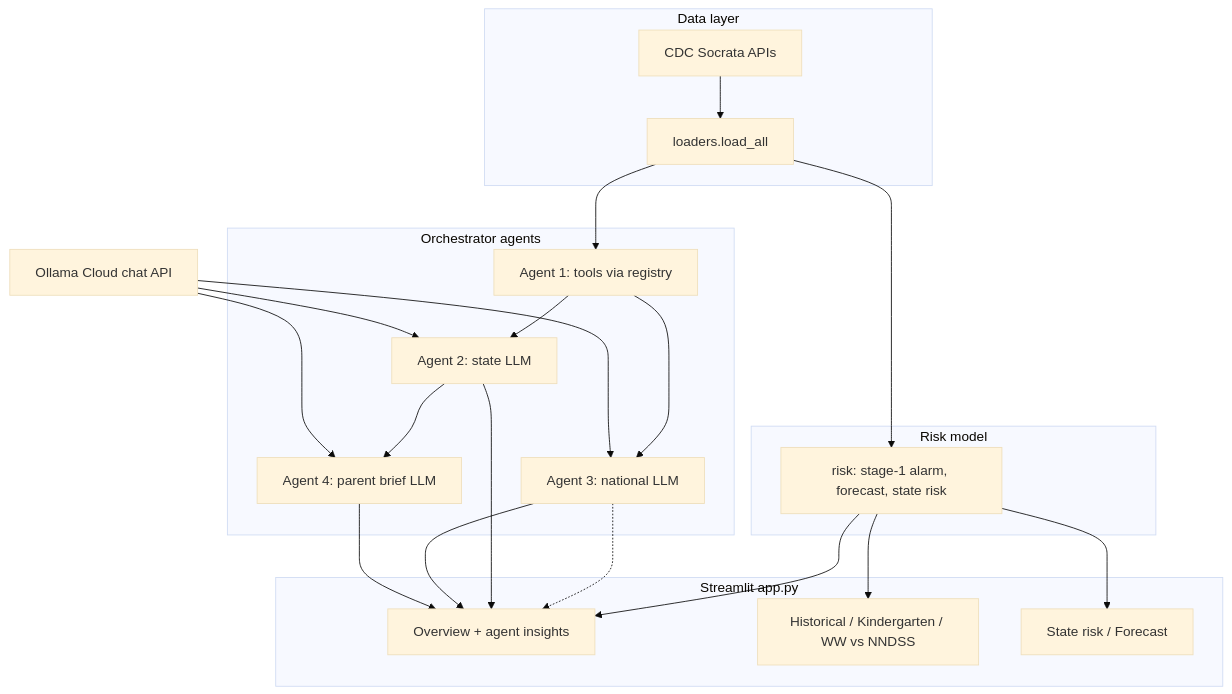
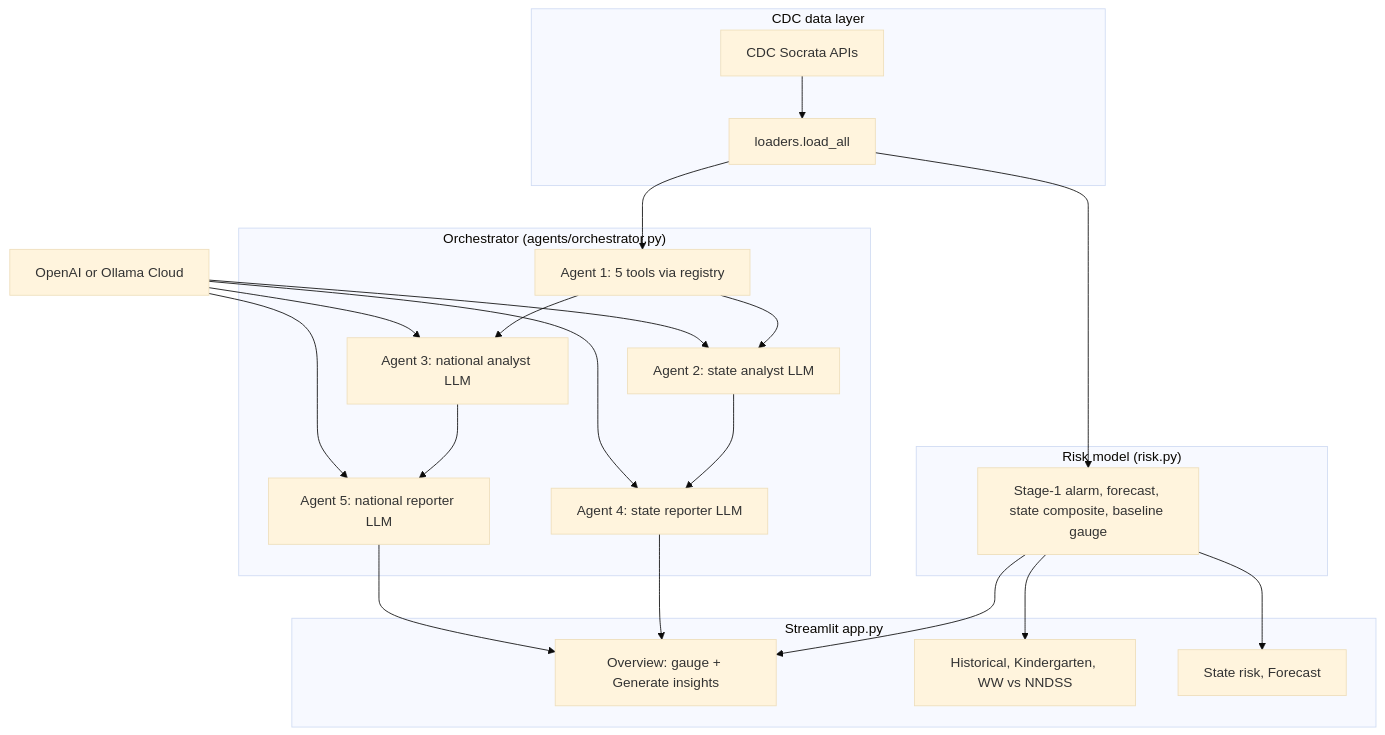
One commit to is443-eng/ai-data-science-team-w changed the diagram in Tool V2/docs/ARCHITECTURE.md. Above: the diagram before and after it, drawn with Mermaid (base theme). The commit also changed other lines of this file and 18 other files, not shown here.

First line of the commit message:
Docs: submission write-ups, architecture diagram, prompts, and doc updates

````diff
--- a/Tool V2/docs/ARCHITECTURE.md
+++ b/Tool V2/docs/ARCHITECTURE.md
@@ -21,41 +21,43 @@
 ```mermaid
 flowchart TB
-  subgraph Data["Data layer"]
+  subgraph Data["CDC data layer"]
     CDC["CDC Socrata APIs"]
     L["loaders.load_all"]
     CDC --> L
   end
 
-  subgraph Model["Risk model"]
-    R["risk: stage-1 alarm, forecast, state risk"]
+  subgraph Model["Risk model (risk.py)"]
+    R["Stage-1 alarm, forecast, state composite, baseline gauge"]
     L --> R
   end
 
   subgraph UI["Streamlit app.py"]
-    O["Overview + agent insights"]
-    T1["Historical / Kindergarten / WW vs NNDSS"]
-    T2["State risk / Forecast"]
-    R --> O
+    Ov["Overview: gauge + Generate insights"]
+    T1["Historical, Kindergarten, WW vs NNDSS"]
+    T2["State risk, Forecast"]
+    R --> Ov
     R --> T1
     R --> T2
   end
 
-  subgraph Orch["Orchestrator agents"]
-    A1["Agent 1: tools via registry"]
-    A2["Agent 2: state LLM"]
-    A3["Agent 3: national LLM"]
-    A4["Agent 4: parent brief LLM"]
+  subgraph Orch["Orchestrator (agents/orchestrator.py)"]
+    A1["Agent 1: 5 tools via registry"]
+    A2["Agent 2: state analyst LLM"]
+    A3["Agent 3: national analyst LLM"]
+    A4["Agent 4: state reporter LLM"]
+    A5["Agent 5: national reporter LLM"]
     A1 --> A2
     A1 --> A3
     A2 --> A4
-    A3 -.-> O
+    A3 --> A5
   end
 
   L --> A1
-  OC["Ollama Cloud chat API"] --> A2
-  OC --> A3
-  OC --> A4
-  A2 --> O
-  A3 --> O
-  A4 --> O
+  LLM["OpenAI or Ollama Cloud"]
+  LLM --> A2
+  LLM --> A3
+  LLM --> A4
+  LLM --> A5
+  A4 --> Ov
+  A5 --> Ov
 ```
````
